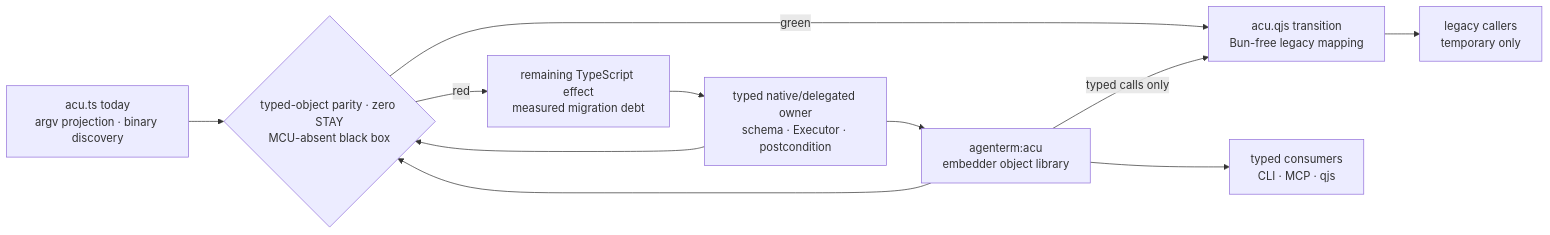
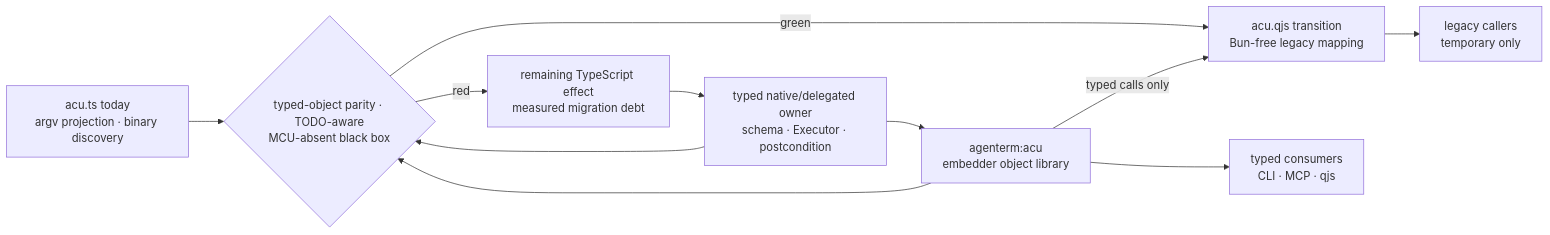
The first of 19 diagrams in prd/PRD_02_28_agenterm_cu.md (partnernetsoftware/agenterm), drawn with Mermaid before and after one commit. The commit also changed other lines of this file and 3 other files, not shown here.

Commit message:
docs: switch MCU retirement to ACU TODO repair

````diff
--- a/prd/PRD_02_28_agenterm_cu.md
+++ b/prd/PRD_02_28_agenterm_cu.md
@@ -140,18 +141,18 @@
   ```mermaid
   flowchart LR
     TS["acu.ts today<br/>argv projection · binary discovery"]
     OWNER["typed native/delegated owner<br/>schema · Executor · postcondition"]
     OBJ["agenterm:acu<br/>embedder object library"]
-    GATE{"typed-object parity · zero STAY<br/>MCU-absent black box"}
+    GATE{"typed-object parity · TODO-aware<br/>MCU-absent black box"}
     QJS["acu.qjs transition<br/>Bun-free legacy mapping"]
     USERS["typed consumers<br/>CLI · MCP · qjs"]
     LEGACY["legacy callers<br/>temporary only"]
     DEBT["remaining TypeScript effect<br/>measured migration debt"]
     OWNER --> OBJ --> USERS
     TS --> GATE
     OWNER --> GATE
     OBJ --> GATE
     GATE -->|red| DEBT --> OWNER
     GATE -->|green| QJS --> LEGACY
     OBJ -->|typed calls only| QJS
   ```
````
